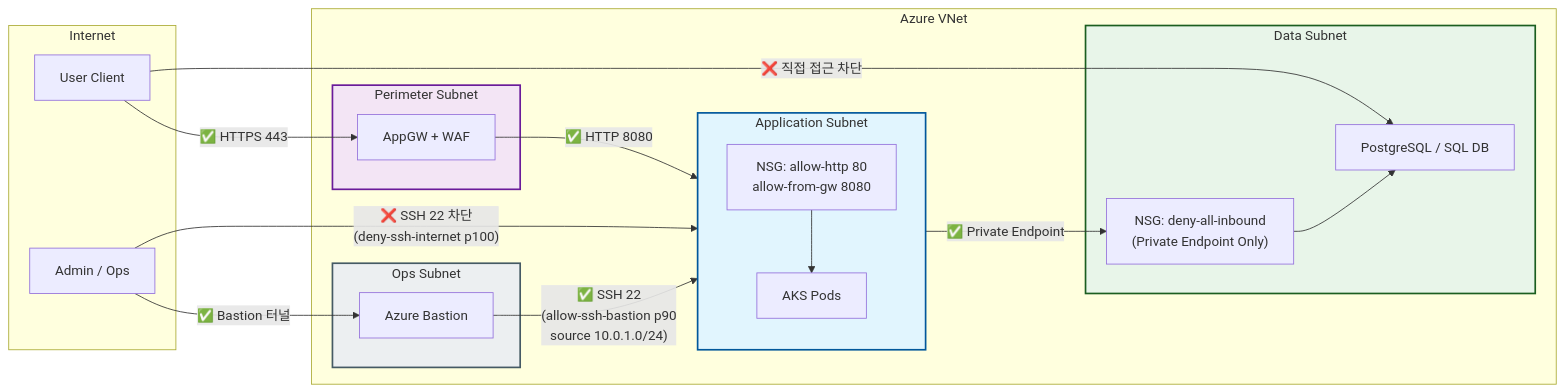
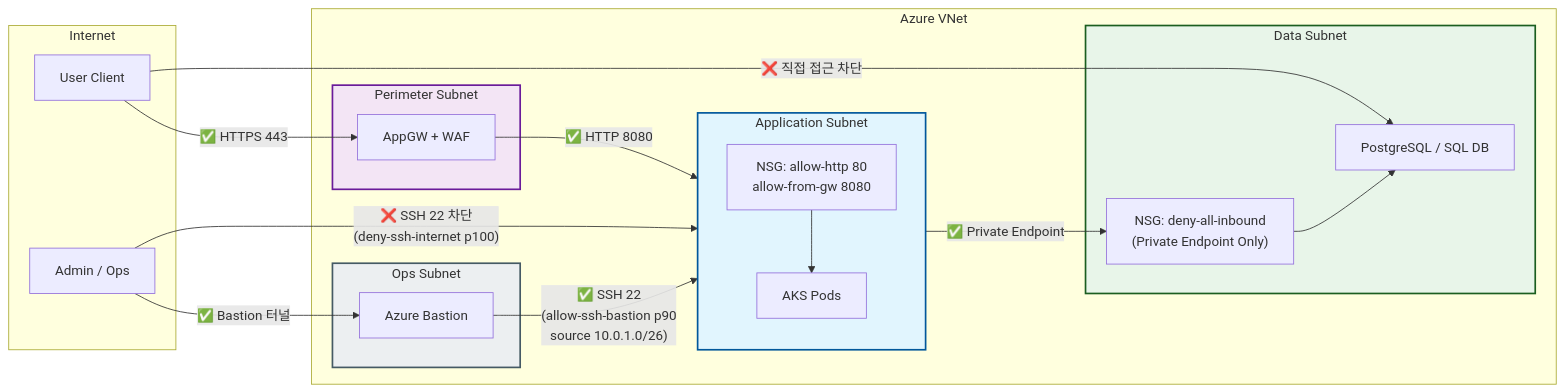
Before and after one commit to Naver-Dunamu-Merge-TF/NSC-infra: the ninth of 16 diagrams in README.md, drawn with Mermaid. The commit also changed other lines of this file, not shown here.

````diff
--- a/README.md
+++ b/README.md
@@ -1024,41 +1024,41 @@
 ```mermaid
 flowchart LR
     subgraph Internet["Internet"]
         User["User Client"]
         AdminOps["Admin / Ops"]
     end
 
     subgraph VNet["Azure VNet"]
         subgraph Perimeter["Perimeter Subnet"]
             AppGW["AppGW + WAF"]
         end
 
         subgraph App["Application Subnet"]
             direction TB
             NSG_App["NSG: allow-http 80\nallow-from-gw 8080"]
             AKS["AKS Pods"]
         end
 
         subgraph Ops["Ops Subnet"]
             Bastion["Azure Bastion"]
         end
 
         subgraph Data["Data Subnet"]
             NSG_Data["NSG: deny-all-inbound\n(Private Endpoint Only)"]
             DB["PostgreSQL / SQL DB"]
         end
     end
 
     User -->|"✅ HTTPS 443"| AppGW
     AppGW -->|"✅ HTTP 8080"| NSG_App --> AKS
     AdminOps -->|"❌ SSH 22 차단\n(deny-ssh-internet p100)"| AKS
     AdminOps -->|"✅ Bastion 터널"| Bastion
-    Bastion -->|"✅ SSH 22\n(allow-ssh-bastion p90\nsource 10.0.1.0/24)"| AKS
+    Bastion -->|"✅ SSH 22\n(allow-ssh-bastion p90\nsource 10.0.1.0/26)"| AKS
     AKS -->|"✅ Private Endpoint"| NSG_Data --> DB
     User -->|"❌ 직접 접근 차단"| DB
 
     style Perimeter fill:#f3e5f5,stroke:#6a1b9a,stroke-width:2px
     style App fill:#e1f5fe,stroke:#01579b,stroke-width:2px
     style Ops fill:#eceff1,stroke:#455a64,stroke-width:2px
     style Data fill:#e8f5e9,stroke:#1b5e20,stroke-width:2px
 ```
````
